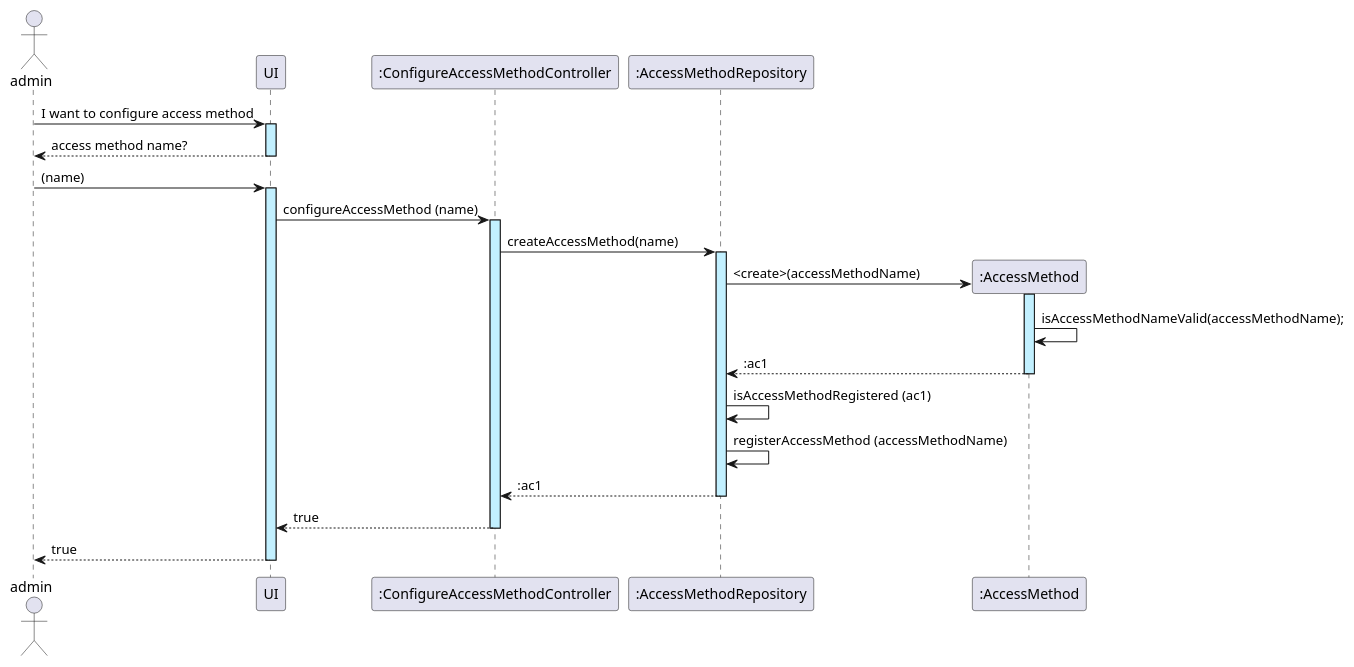
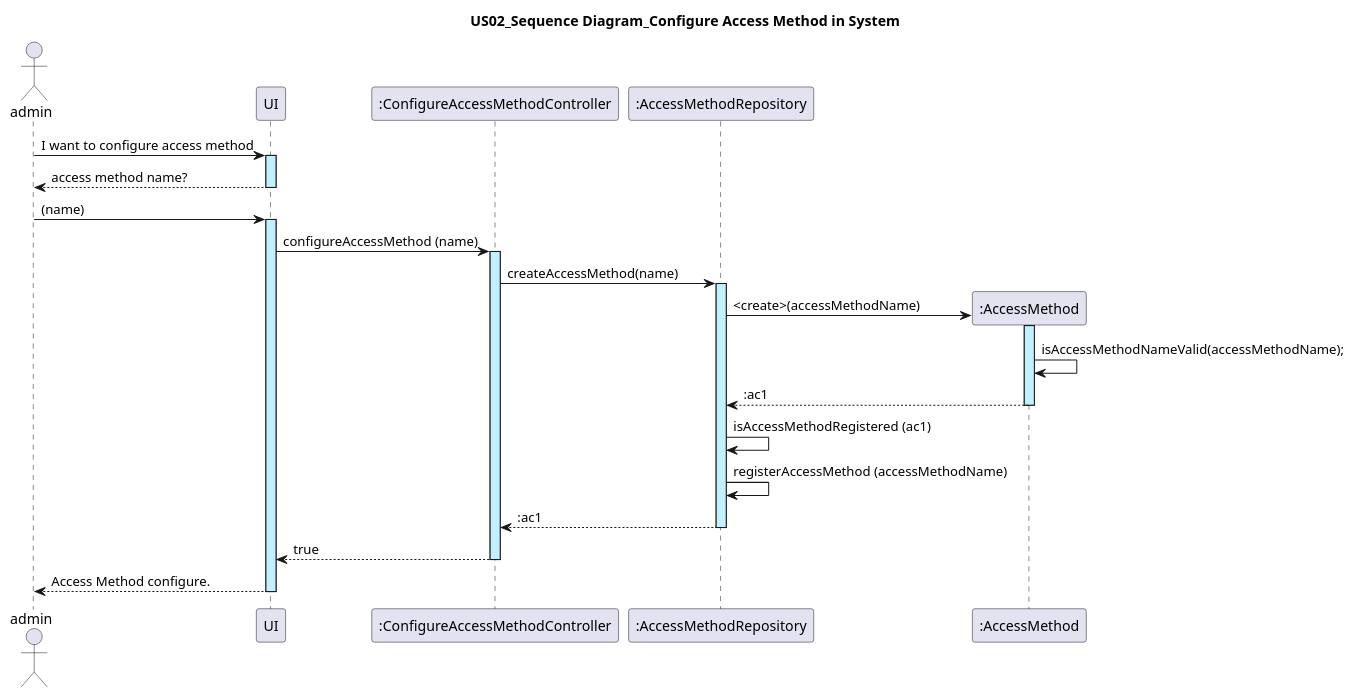
Before and after one commit to GasparISEP/DevOps-PAI: the diagram in docs/sequenceDiagrams/US02/US02_ConfigureAccessMethodsInSystem.puml, drawn with PlantUML. The commit also changed 1 other file, not shown here.

Commit message:
US20 Update Class Diagram with user stories

```diff
--- a/docs/sequenceDiagrams/US02/US02_ConfigureAccessMethodsInSystem.puml
+++ b/docs/sequenceDiagrams/US02/US02_ConfigureAccessMethodsInSystem.puml
@@ -1,23 +1,25 @@
 @startuml
 actor admin
+
+title: US02_Sequence Diagram_Configure Access Method in System
 
 admin -> UI ++ #application : I want to configure access method
 UI --> admin -- : access method name?
 admin -> UI ++ #application :(name)
 UI -> ":ConfigureAccessMethodController" as ConfigureAccessMethodController ++ #application : configureAccessMethod (name)
 
 ConfigureAccessMethodController -> ":AccessMethodRepository" as AccessMethodRepository ++ #application : createAccessMethod(name)
 
 create ":AccessMethod" as AccessMethod
 AccessMethodRepository -> AccessMethod ++ #application  : <create>(accessMethodName)
 AccessMethod -> AccessMethod : isAccessMethodNameValid(accessMethodName);
 
 AccessMethod --> AccessMethodRepository -- : :ac1
 AccessMethodRepository -> AccessMethodRepository : isAccessMethodRegistered (ac1)
 AccessMethodRepository -> AccessMethodRepository : registerAccessMethod (accessMethodName)
 
 AccessMethodRepository --> ConfigureAccessMethodController --: :ac1
 
 ConfigureAccessMethodController --> UI --: true
-UI --> admin --: true
+UI --> admin --: Access Method configure.
 @enduml
```
